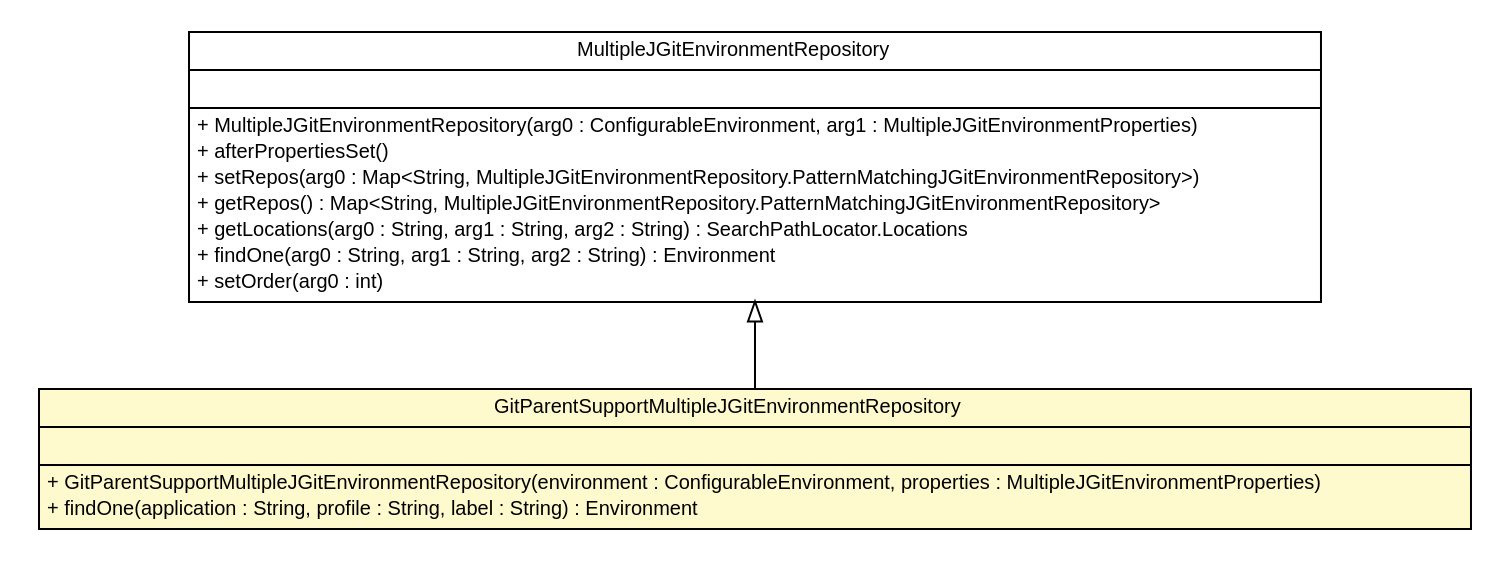
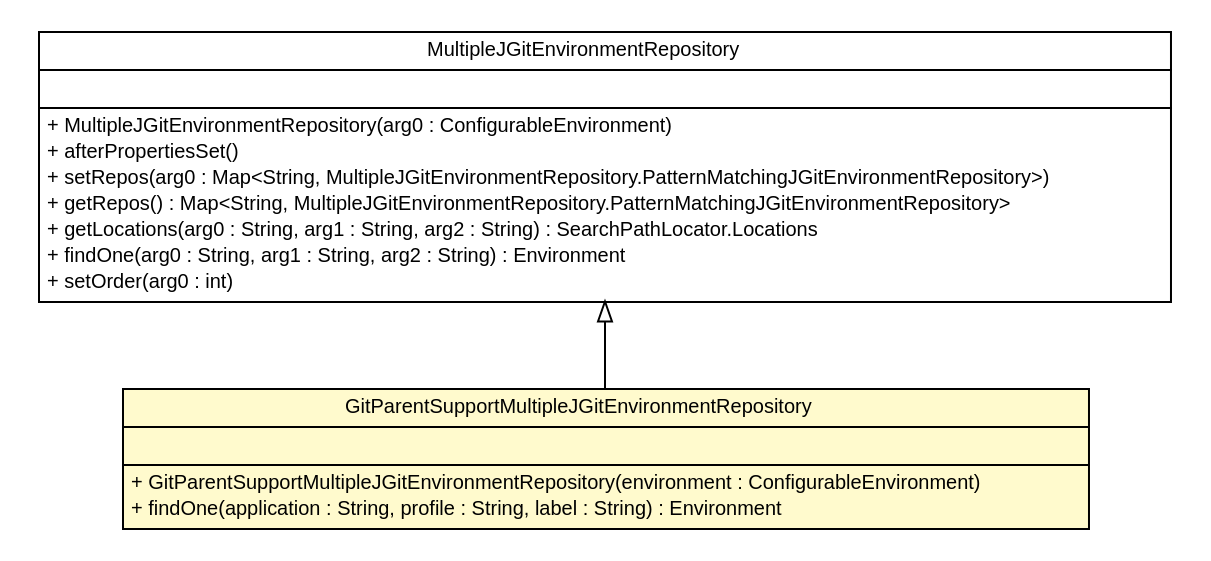
The diagram in snapshot/build-docker/maven-build-java8/spring-cloud-config/spring-cloud-config-server/apidocs/cn/home1/cloud/config/server/environment/GitParentSupportMultipleJGitEnvironmentRepository.dot (sfeng9d/spring-cloud-config), drawn with Graphviz before and after one commit. The commit also changed 193 other files, not shown here.

Commit message:
Creating site for spring-cloud-config-server-1.0.1-SNAPSHOT

```diff
--- a/snapshot/build-docker/maven-build-java8/spring-cloud-config/spring-cloud-config-server/apidocs/cn/home1/cloud/config/server/environment/GitParentSupportMultipleJGitEnvironmentRepository.dot
+++ b/snapshot/build-docker/maven-build-java8/spring-cloud-config/spring-cloud-config-server/apidocs/cn/home1/cloud/config/server/environment/GitParentSupportMultipleJGitEnvironmentRepository.dot
@@ -1,45 +1,45 @@
 #!/usr/local/bin/dot
 #
 # Class diagram 
 # Generated by UMLGraph version R5_6-24-gf6e263 (http://www.umlgraph.org/)
 #
 
 digraph G {
 	edge [fontname="Helvetica",fontsize=10,labelfontname="Helvetica",labelfontsize=10];
 	node [fontname="Helvetica",fontsize=10,shape=plaintext];
 	nodesep=0.25;
 	ranksep=0.5;
 	// cn.home1.cloud.config.server.environment.GitParentSupportMultipleJGitEnvironmentRepository
-	c298 [label=<<table title="cn.home1.cloud.config.server.environment.GitParentSupportMultipleJGitEnvironmentRepository" border="0" cellborder="1" cellspacing="0" cellpadding="2" port="p" bgcolor="lemonChiffon" href="./GitParentSupportMultipleJGitEnvironmentRepository.html">
+	c301 [label=<<table title="cn.home1.cloud.config.server.environment.GitParentSupportMultipleJGitEnvironmentRepository" border="0" cellborder="1" cellspacing="0" cellpadding="2" port="p" bgcolor="lemonChiffon" href="./GitParentSupportMultipleJGitEnvironmentRepository.html">
 		<tr><td><table border="0" cellspacing="0" cellpadding="1">
 <tr><td align="center" balign="center"> GitParentSupportMultipleJGitEnvironmentRepository </td></tr>
 		</table></td></tr>
 		<tr><td><table border="0" cellspacing="0" cellpadding="1">
 <tr><td align="left" balign="left">  </td></tr>
 		</table></td></tr>
 		<tr><td><table border="0" cellspacing="0" cellpadding="1">
-<tr><td align="left" balign="left"> + GitParentSupportMultipleJGitEnvironmentRepository(environment : ConfigurableEnvironment, properties : MultipleJGitEnvironmentProperties) </td></tr>
+<tr><td align="left" balign="left"> + GitParentSupportMultipleJGitEnvironmentRepository(environment : ConfigurableEnvironment) </td></tr>
 <tr><td align="left" balign="left"> + findOne(application : String, profile : String, label : String) : Environment </td></tr>
 		</table></td></tr>
 		</table>>, URL="./GitParentSupportMultipleJGitEnvironmentRepository.html", fontname="Helvetica", fontcolor="black", fontsize=10.0];
 	//cn.home1.cloud.config.server.environment.GitParentSupportMultipleJGitEnvironmentRepository extends org.springframework.cloud.config.server.environment.MultipleJGitEnvironmentRepository
-	c311:p -> c298:p [dir=back,arrowtail=empty];
+	c314:p -> c301:p [dir=back,arrowtail=empty];
 	// org.springframework.cloud.config.server.environment.MultipleJGitEnvironmentRepository
-	c311 [label=<<table title="org.springframework.cloud.config.server.environment.MultipleJGitEnvironmentRepository" border="0" cellborder="1" cellspacing="0" cellpadding="2" port="p" href="http://java.sun.com/j2se/1.4.2/docs/api/org/springframework/cloud/config/server/environment/MultipleJGitEnvironmentRepository.html">
+	c314 [label=<<table title="org.springframework.cloud.config.server.environment.MultipleJGitEnvironmentRepository" border="0" cellborder="1" cellspacing="0" cellpadding="2" port="p" href="http://java.sun.com/j2se/1.4.2/docs/api/org/springframework/cloud/config/server/environment/MultipleJGitEnvironmentRepository.html">
 		<tr><td><table border="0" cellspacing="0" cellpadding="1">
 <tr><td align="center" balign="center"> MultipleJGitEnvironmentRepository </td></tr>
 		</table></td></tr>
 		<tr><td><table border="0" cellspacing="0" cellpadding="1">
 <tr><td align="left" balign="left">  </td></tr>
 		</table></td></tr>
 		<tr><td><table border="0" cellspacing="0" cellpadding="1">
-<tr><td align="left" balign="left"> + MultipleJGitEnvironmentRepository(arg0 : ConfigurableEnvironment, arg1 : MultipleJGitEnvironmentProperties) </td></tr>
+<tr><td align="left" balign="left"> + MultipleJGitEnvironmentRepository(arg0 : ConfigurableEnvironment) </td></tr>
 <tr><td align="left" balign="left"> + afterPropertiesSet() </td></tr>
 <tr><td align="left" balign="left"> + setRepos(arg0 : Map&lt;String, MultipleJGitEnvironmentRepository.PatternMatchingJGitEnvironmentRepository&gt;) </td></tr>
 <tr><td align="left" balign="left"> + getRepos() : Map&lt;String, MultipleJGitEnvironmentRepository.PatternMatchingJGitEnvironmentRepository&gt; </td></tr>
 <tr><td align="left" balign="left"> + getLocations(arg0 : String, arg1 : String, arg2 : String) : SearchPathLocator.Locations </td></tr>
 <tr><td align="left" balign="left"> + findOne(arg0 : String, arg1 : String, arg2 : String) : Environment </td></tr>
 <tr><td align="left" balign="left"> + setOrder(arg0 : int) </td></tr>
 		</table></td></tr>
 		</table>>, URL="http://java.sun.com/j2se/1.4.2/docs/api/org/springframework/cloud/config/server/environment/MultipleJGitEnvironmentRepository.html", fontname="Helvetica", fontcolor="black", fontsize=10.0];
 }
```
